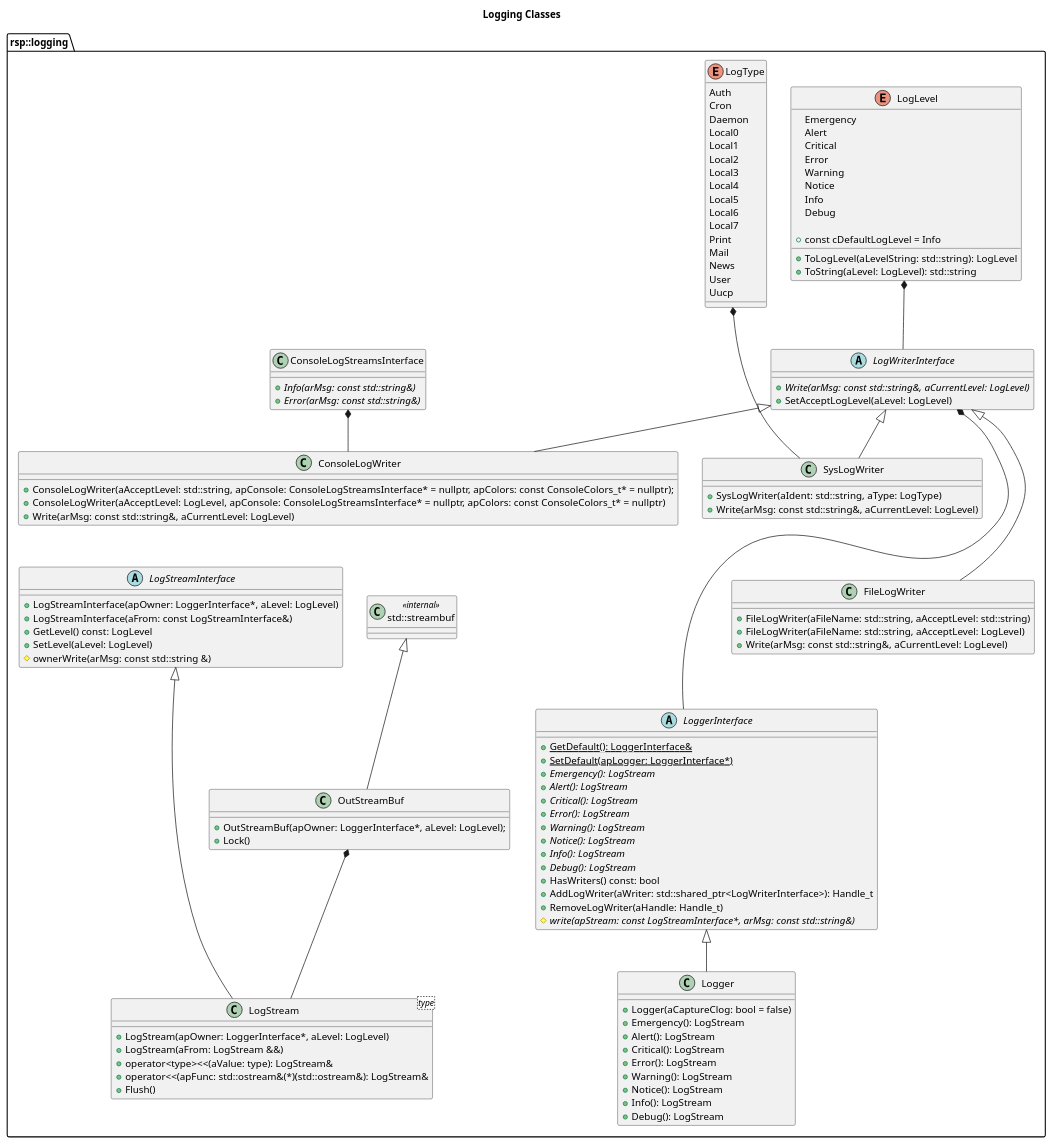
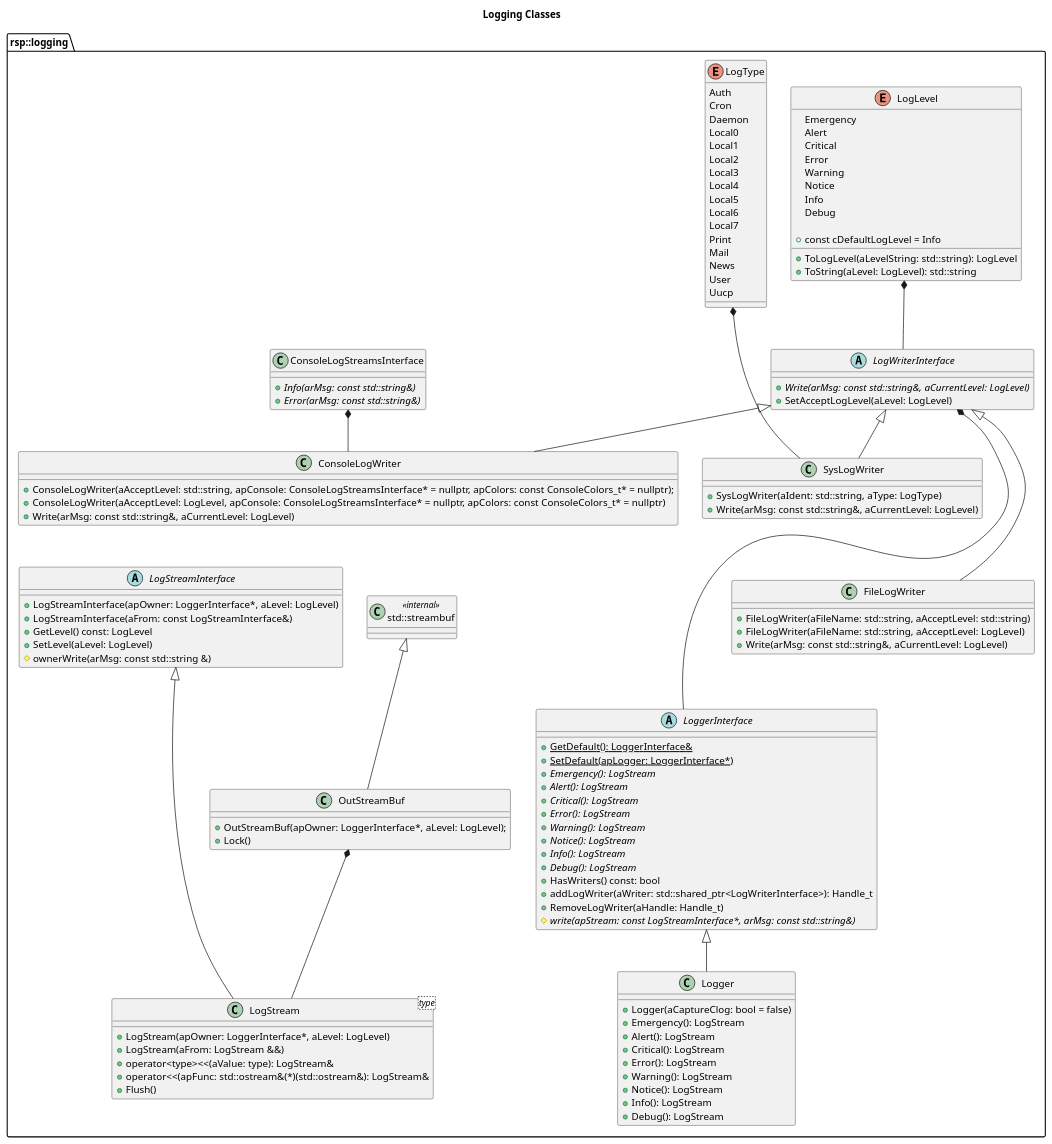
Before and after one commit to rsps/rsp-core-library: the diagram in docs/uml/Logging Classes.puml, drawn with PlantUML. The commit also changed 12 other files, not shown here.

```diff
--- a/docs/uml/Logging Classes.puml
+++ b/docs/uml/Logging Classes.puml
@@ -1,143 +1,143 @@
 @startuml
 
 
 title Logging Classes
 
 namespace rsp::logging {
 
 enum LogLevel {
     Emergency
     Alert
     Critical
     Error
     Warning
     Notice
     Info
     Debug
 
     +const cDefaultLogLevel = Info
     +ToLogLevel(aLevelString: std::string): LogLevel
     +ToString(aLevel: LogLevel): std::string
 }
 
 enum LogType {
     Auth
     Cron
     Daemon
     Local0
     Local1
     Local2
     Local3
     Local4
     Local5
     Local6
     Local7
     Print
     Mail
     News
     User
     Uucp
 }
 
 abstract LoggerInterface {
     +{static} GetDefault(): LoggerInterface&
     +{static} SetDefault(apLogger: LoggerInterface*)
     +{abstract} Emergency(): LogStream
     +{abstract} Alert(): LogStream
     +{abstract} Critical(): LogStream
     +{abstract} Error(): LogStream
     +{abstract} Warning(): LogStream
     +{abstract} Notice(): LogStream
     +{abstract} Info(): LogStream
     +{abstract} Debug(): LogStream
     +HasWriters() const: bool
-    +AddLogWriter(aWriter: std::shared_ptr<LogWriterInterface>): Handle_t
+    +addLogWriter(aWriter: std::shared_ptr<LogWriterInterface>): Handle_t
     +RemoveLogWriter(aHandle: Handle_t)
     #{abstract} write(apStream: const LogStreamInterface*, arMsg: const std::string&)
 }
 
 abstract LogStreamInterface {
     +LogStreamInterface(apOwner: LoggerInterface*, aLevel: LogLevel)
     +LogStreamInterface(aFrom: const LogStreamInterface&)
     +GetLevel() const: LogLevel
     +SetLevel(aLevel: LogLevel)
     #ownerWrite(arMsg: const std::string &)
 }
 
 abstract LogWriterInterface {
     +{abstract} Write(arMsg: const std::string&, aCurrentLevel: LogLevel)
     +SetAcceptLogLevel(aLevel: LogLevel)
 }
 
 class LogStream<type> {
     +LogStream(apOwner: LoggerInterface*, aLevel: LogLevel)
     +LogStream(aFrom: LogStream &&)
     +operator<type><<(aValue: type): LogStream&
     +operator<<(apFunc: std::ostream&(*)(std::ostream&): LogStream&
     +Flush()
 }
 
 class Logger {
     +Logger(aCaptureClog: bool = false)
     +Emergency(): LogStream
     +Alert(): LogStream
     +Critical(): LogStream
     +Error(): LogStream
     +Warning(): LogStream
     +Notice(): LogStream
     +Info(): LogStream
     +Debug(): LogStream
 }
 
 class streambuf as "std::streambuf" <<internal>>
 
 class OutStreamBuf {
     +OutStreamBuf(apOwner: LoggerInterface*, aLevel: LogLevel);
     +Lock()
 }
 
 class ConsoleLogStreamsInterface {
     +{abstract} Info(arMsg: const std::string&)
     +{abstract} Error(arMsg: const std::string&)
 }
 
 class ConsoleLogWriter {
     +ConsoleLogWriter(aAcceptLevel: std::string, apConsole: ConsoleLogStreamsInterface* = nullptr, apColors: const ConsoleColors_t* = nullptr);
     +ConsoleLogWriter(aAcceptLevel: LogLevel, apConsole: ConsoleLogStreamsInterface* = nullptr, apColors: const ConsoleColors_t* = nullptr)
     +Write(arMsg: const std::string&, aCurrentLevel: LogLevel)
 
 }
 
 class SysLogWriter {
     +SysLogWriter(aIdent: std::string, aType: LogType)
     +Write(arMsg: const std::string&, aCurrentLevel: LogLevel)
 }
 
 class FileLogWriter {
     +FileLogWriter(aFileName: std::string, aAcceptLevel: std::string)
     +FileLogWriter(aFileName: std::string, aAcceptLevel: LogLevel)
     +Write(arMsg: const std::string&, aCurrentLevel: LogLevel)
 }
 
 streambuf <|-- OutStreamBuf
 LoggerInterface <|-- Logger
 LogStreamInterface <|--- LogStream
 OutStreamBuf *-- LogStream
 
 LogWriterInterface <|-- ConsoleLogWriter
 LogWriterInterface <|-- SysLogWriter
 LogWriterInterface <|--- FileLogWriter
 LogType *--- SysLogWriter
 LogLevel *-- LogWriterInterface
 
 ConsoleLogStreamsInterface *-- ConsoleLogWriter
 
 LogWriterInterface *---- LoggerInterface
 
 'LogStream <-[hidden]- LoggerInterface
 ConsoleLogWriter <-[hidden]- LogStreamInterface
 ConsoleLogWriter <-[hidden]- streambuf
 
 }
 
 @enduml
```
